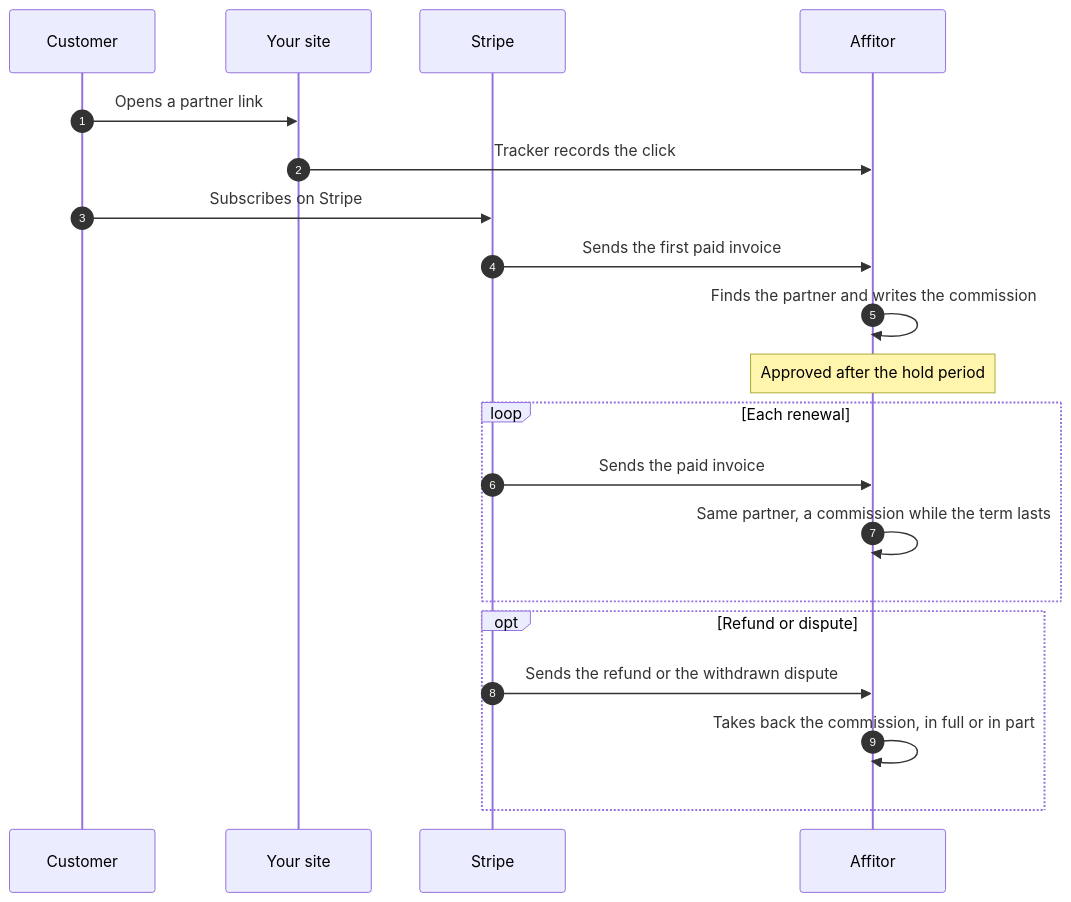
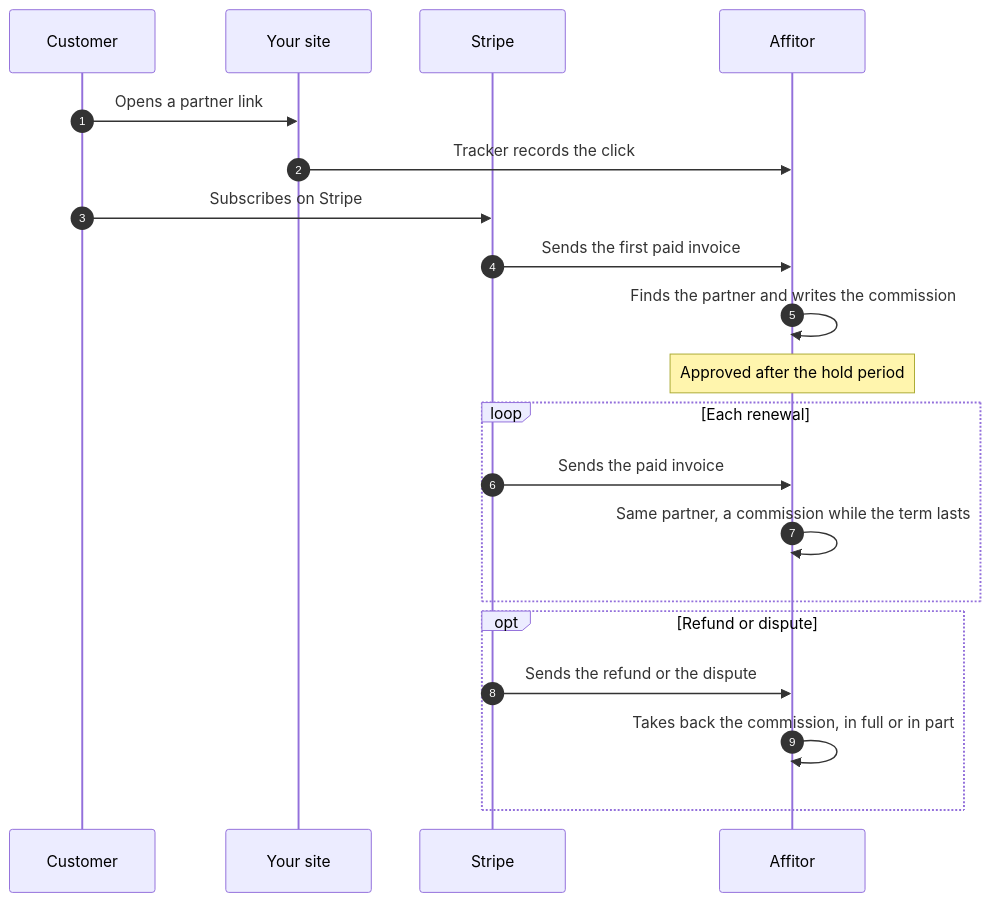
Before and after one commit to Affitor/affitor-docs: the diagram in content/docs/use-cases/subscriptions.mdx, drawn with Mermaid. The commit also changed other lines of this file and 8 other files, not shown here.

````diff
--- a/content/docs/use-cases/subscriptions.mdx
+++ b/content/docs/use-cases/subscriptions.mdx
@@ -11,22 +11,22 @@
 ```mermaid
 sequenceDiagram
   autonumber
   participant C as Customer
   participant W as Your site
   participant S as Stripe
   participant A as Affitor
   C->>W: Opens a partner link
   W->>A: Tracker records the click
   C->>S: Subscribes on Stripe
   S->>A: Sends the first paid invoice
   A->>A: Finds the partner and writes the commission
   Note over A: Approved after the hold period
   loop Each renewal
     S->>A: Sends the paid invoice
     A->>A: Same partner, a commission while the term lasts
   end
   opt Refund or dispute
-    S->>A: Sends the refund or the withdrawn dispute
+    S->>A: Sends the refund or the dispute
     A->>A: Takes back the commission, in full or in part
   end
 ```
````
